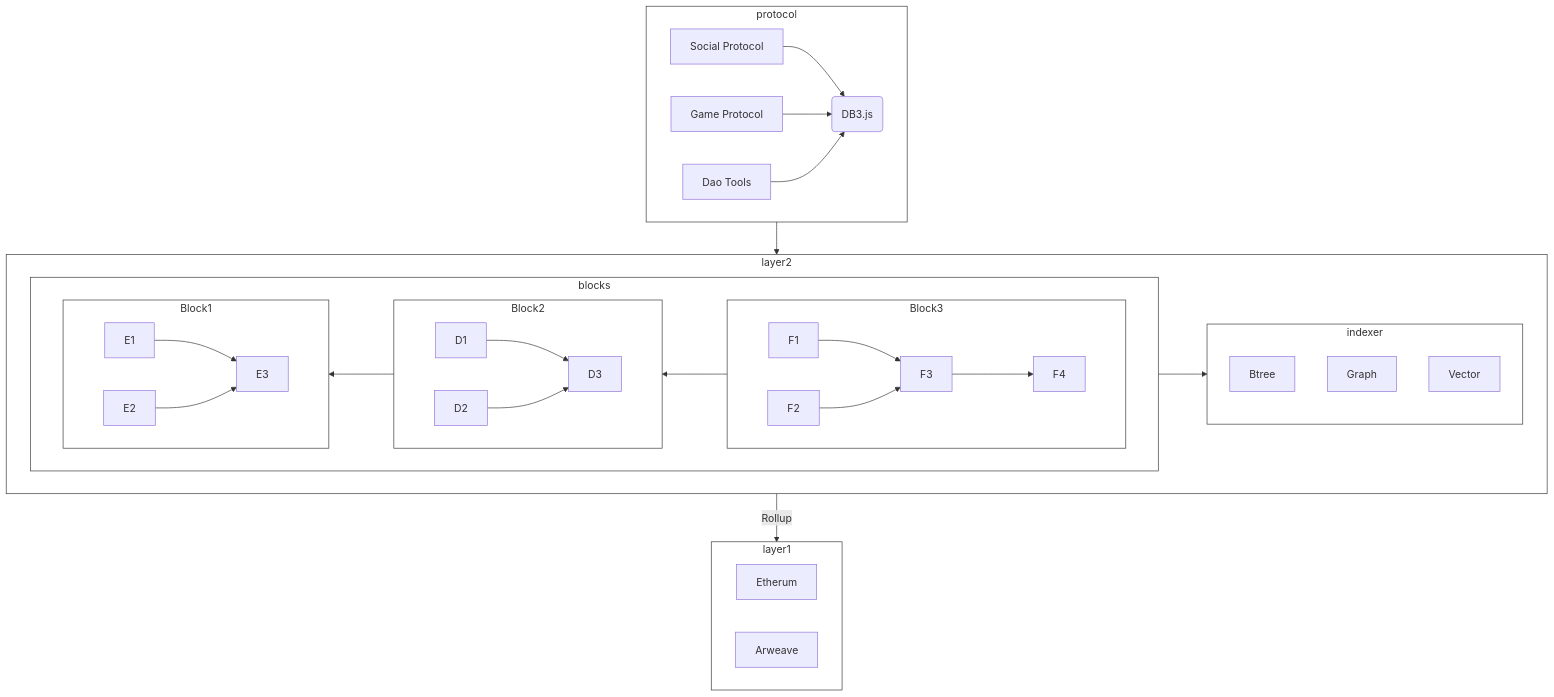
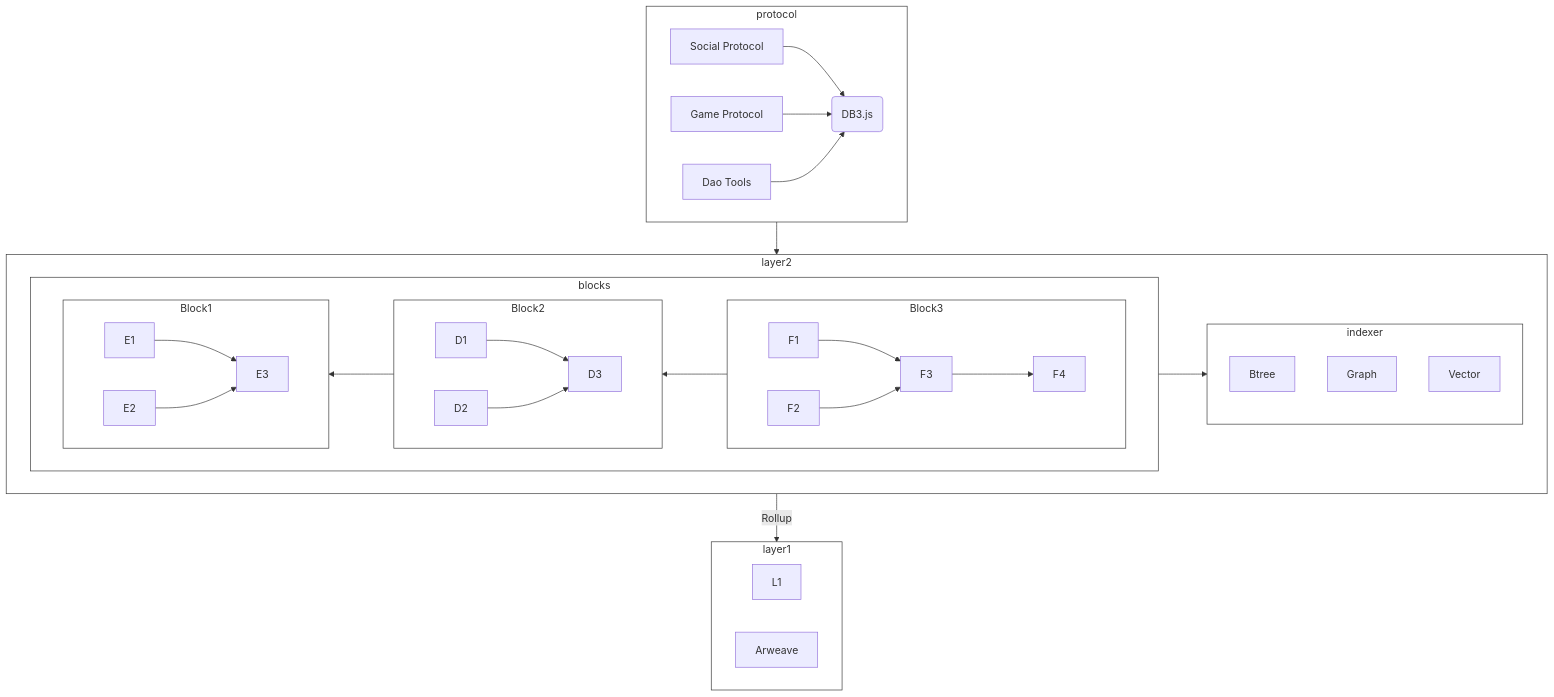
Before and after one commit to dbpunk-labs/DIPs: the diagram in README.md, drawn with Mermaid.

````diff
--- a/README.md
+++ b/README.md
@@ -6,55 +6,55 @@
 ```mermaid
 graph TD
     subgraph protocol
         A[Social Protocol] --> SDK(DB3.js)
         B[Game Protocol] -->SDK(DB3.js)
         C[Dao Tools] --> SDK(DB3.js)
         style protocol fill:#fff,stroke:#333,stroke-width:1px
     end
 
     subgraph layer2
         subgraph blocks
             subgraph Block1
                 direction LR
                 E1 --> E3
                 E2 --> E3
                 style Block1 fill:#fff,stroke:#333,stroke-width:1px
             end
             subgraph Block2
                 direction LR
                 D1 --> D3
                 D2 --> D3
                 style Block2 fill:#fff,stroke:#333,stroke-width:1px
             end
             subgraph Block3
                 direction LR
                 F1 --> F3
                 F2 --> F3
                 F3 --> F4
                 style Block3 fill:#fff,stroke:#333,stroke-width:1px
             end
             Block2 --> Block1
             Block3 --> Block2
             direction RL
             style blocks fill:#fff,stroke:#333,stroke-width:1px
         end
         subgraph indexer
             Btree
             Graph
             Vector
             style indexer fill:#fff,stroke:#333,stroke-width:1px
         end
         blocks --> indexer
         style layer2 fill:#fff,stroke:#333,stroke-width:1px
         direction LR
     end
 
     subgraph layer1
-        Etherum
+        L1
         Arweave
         style layer1 fill:#fff,stroke:#333,stroke-width:1px
     end
 
     protocol --> layer2
     layer2 --> |Rollup|layer1
 ```
````
